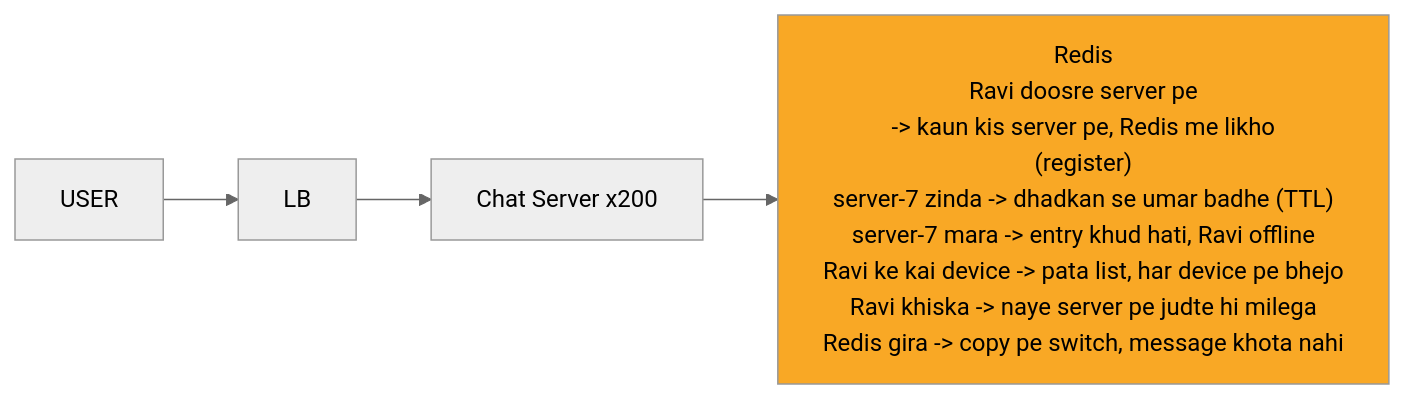
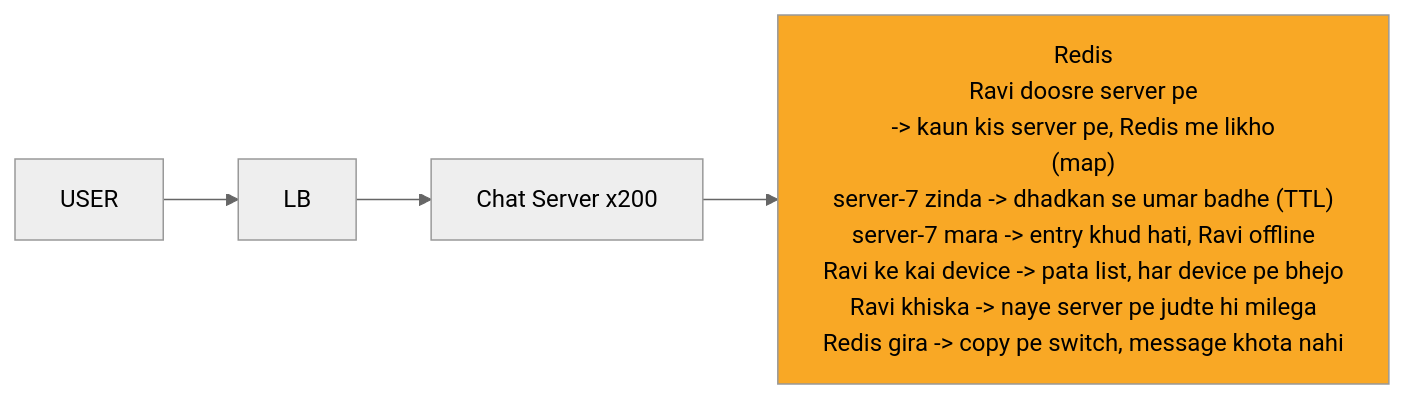
The third of 12 diagrams in 04_HLD/SYSTEM_DESIGNS/14_chat_messaging/14_chat_messaging.md (ArpanMaheshwari144/Prep), drawn with Mermaid (neutral theme) before and after one commit. The commit also changed other lines of this file and 12 other files, not shown here.

````diff
--- a/04_HLD/SYSTEM_DESIGNS/14_chat_messaging/14_chat_messaging.md
+++ b/04_HLD/SYSTEM_DESIGNS/14_chat_messaging/14_chat_messaging.md
@@ -161,12 +161,12 @@
 ```mermaid
 %%{init: {"flowchart": {"wrappingWidth": 450}}}%%
 flowchart LR
     n_U["USER"]
     n_LB["LB"]
     n_CS["Chat Server x200"]
-    n_R["Redis<br/>Ravi doosre server pe<br/>-> kaun kis server pe, Redis me likho<br/>(register)<br/>server-7 zinda -> dhadkan se umar badhe (TTL)<br/>server-7 mara -> entry khud hati, Ravi offline<br/>Ravi ke kai device -> pata list, har device pe bhejo<br/>Ravi khiska -> naye server pe judte hi milega<br/>Redis gira -> copy pe switch, message khota nahi"]
+    n_R["Redis<br/>Ravi doosre server pe<br/>-> kaun kis server pe, Redis me likho<br/>(map)<br/>server-7 zinda -> dhadkan se umar badhe (TTL)<br/>server-7 mara -> entry khud hati, Ravi offline<br/>Ravi ke kai device -> pata list, har device pe bhejo<br/>Ravi khiska -> naye server pe judte hi milega<br/>Redis gira -> copy pe switch, message khota nahi"]
     n_U --> n_LB
     n_LB --> n_CS
     n_CS --> n_R
     style n_R fill:#f9a825,color:#000
 ```
````
